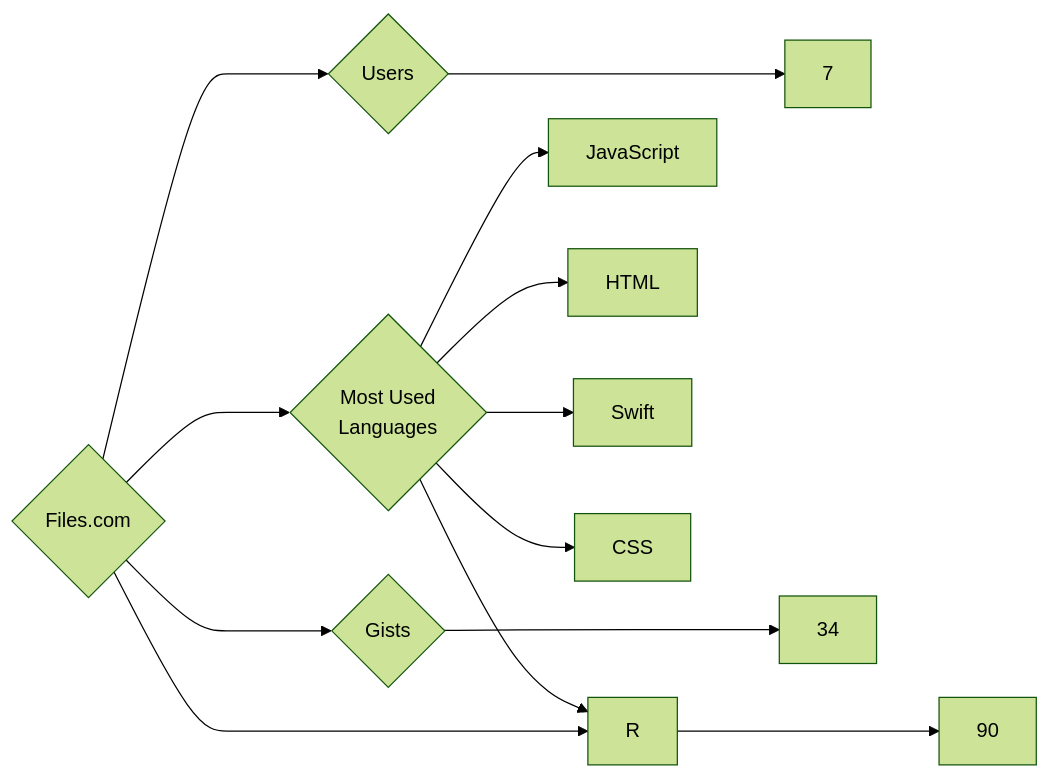
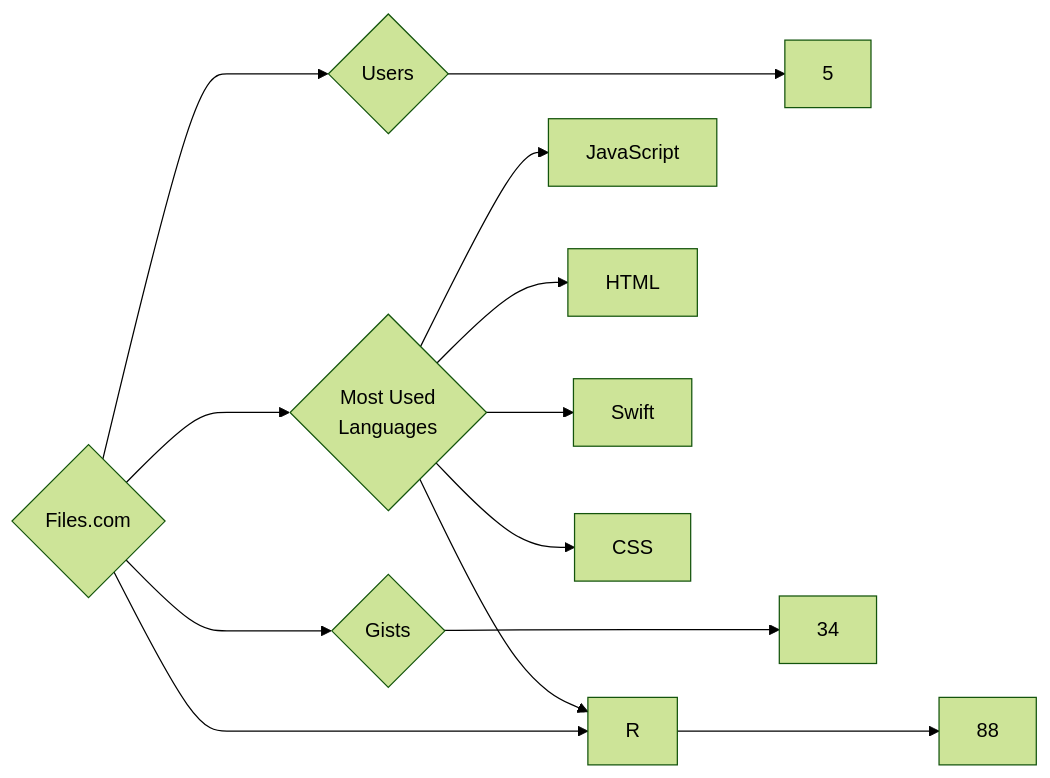
Before and after one commit to trickest/insiders: the diagram in targets/Files.com/README.md, drawn with Mermaid (forest theme). The commit also changed 1123 other files, not shown here.

````diff
--- a/targets/Files.com/README.md
+++ b/targets/Files.com/README.md
@@ -3,13 +3,13 @@
 ```mermaid
 graph LR
 COMPANY_NAME{Files.com}
-COMPANY_NAME ---> U{Users} ---> UN[7]
-COMPANY_NAME ---> R{Repositories} ---> RN[90]
+COMPANY_NAME ---> U{Users} ---> UN[5]
+COMPANY_NAME ---> R{Repositories} ---> RN[88]
 COMPANY_NAME ---> G{Gists} ---> GN[34]
 COMPANY_NAME ---> ML{Most Used<br>Languages}
 ML --> JavaScript[JavaScript]
 ML --> HTML[HTML]
 ML --> R[R]
 ML --> Swift[Swift]
 ML --> CSS[CSS]
 ```
````
